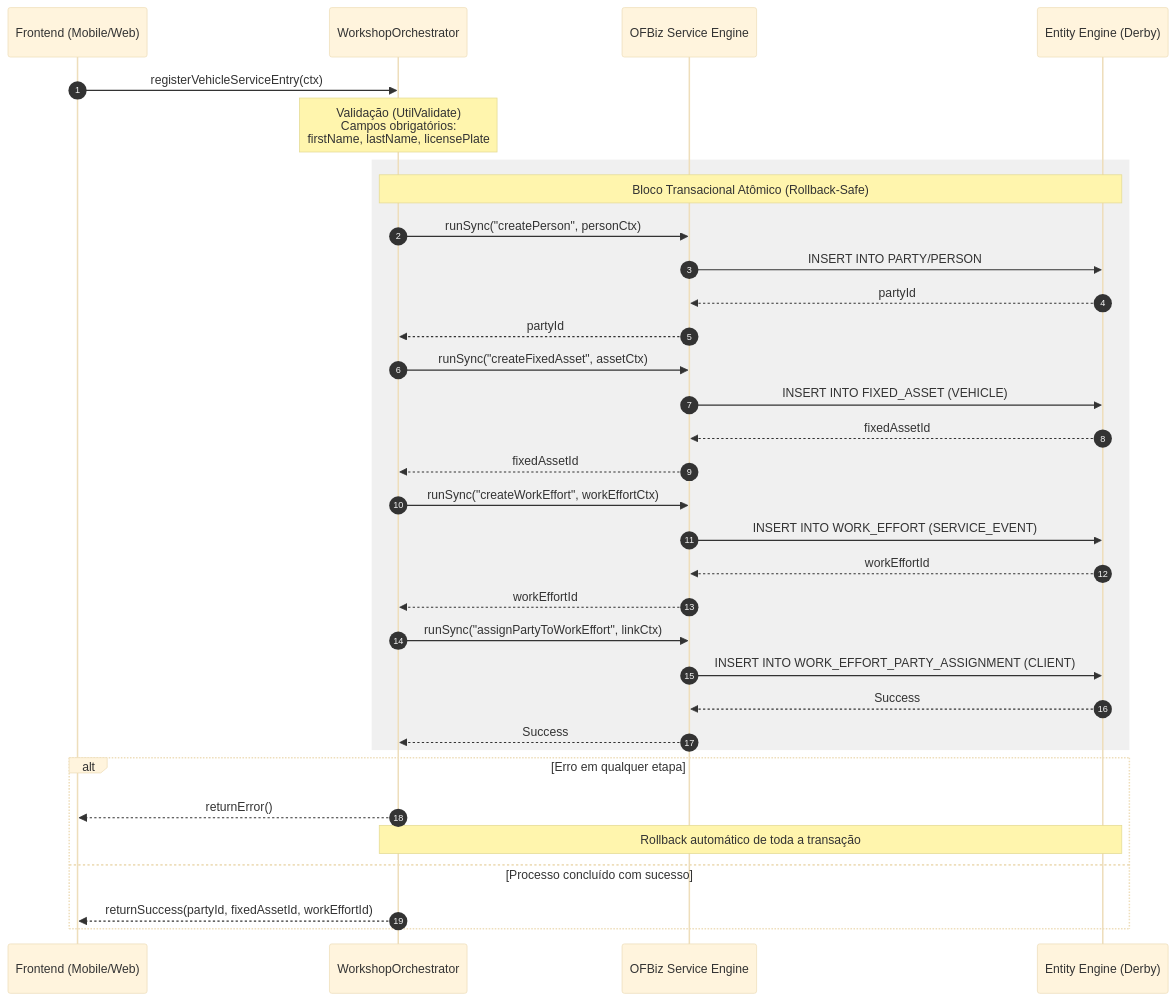
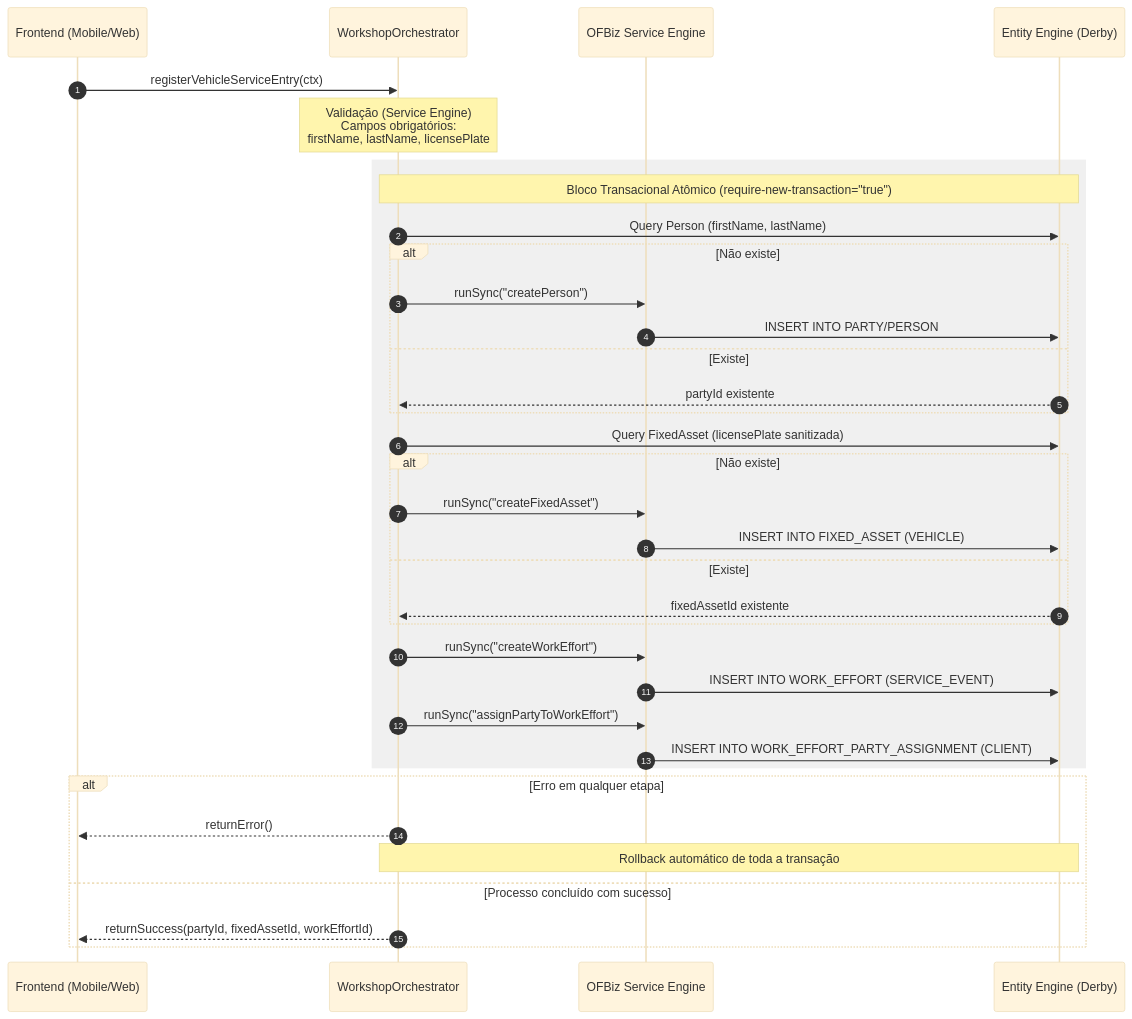
The second of 2 diagrams in README.md (j0n4srr/khepri-orchestrator), drawn with Mermaid (base theme) before and after one commit. The commit also changed other lines of this file, not shown here.

Commit message:
docs(readme): update project overview and technical orchestration flows

````diff
--- a/README.md
+++ b/README.md
@@ -58,46 +62,47 @@
 ```mermaid
 sequenceDiagram
     autonumber
 
     participant UI as Frontend (Mobile/Web)
     participant BFF as WorkshopOrchestrator
     participant Core as OFBiz Service Engine
     participant DB as Entity Engine (Derby)
 
     UI->>BFF: registerVehicleServiceEntry(ctx)
 
-    Note over BFF: Validação (UtilValidate)<br/>Campos obrigatórios:<br/>firstName, lastName, licensePlate
+    Note over BFF: Validação (Service Engine)<br/>Campos obrigatórios:<br/>firstName, lastName, licensePlate
 
     rect rgb(240, 240, 240)
+        Note over BFF, DB: Bloco Transacional Atômico (require-new-transaction="true")
 
-        Note over BFF, DB: Bloco Transacional Atômico (Rollback-Safe)
+        BFF->>DB: Query Person (firstName, lastName)
+        alt Não existe
+            BFF->>Core: runSync("createPerson")
+            Core->>DB: INSERT INTO PARTY/PERSON
+        else Existe
+            DB-->>BFF: partyId existente
+        end
 
-        BFF->>Core: runSync("createPerson", personCtx)
-        Core->>DB: INSERT INTO PARTY/PERSON
-        DB-->>Core: partyId
-        Core-->>BFF: partyId
+        BFF->>DB: Query FixedAsset (licensePlate sanitizada)
+        alt Não existe
+            BFF->>Core: runSync("createFixedAsset")
+            Core->>DB: INSERT INTO FIXED_ASSET (VEHICLE)
+        else Existe
+            DB-->>BFF: fixedAssetId existente
+        end
 
-        BFF->>Core: runSync("createFixedAsset", assetCtx)
-        Core->>DB: INSERT INTO FIXED_ASSET (VEHICLE)
-        DB-->>Core: fixedAssetId
-        Core-->>BFF: fixedAssetId
+        BFF->>Core: runSync("createWorkEffort")
+        Core->>DB: INSERT INTO WORK_EFFORT (SERVICE_EVENT)
 
-        BFF->>Core: runSync("createWorkEffort", workEffortCtx)
-        Core->>DB: INSERT INTO WORK_EFFORT (SERVICE_EVENT)
-        DB-->>Core: workEffortId
-        Core-->>BFF: workEffortId
-
-        BFF->>Core: runSync("assignPartyToWorkEffort", linkCtx)
+        BFF->>Core: runSync("assignPartyToWorkEffort")
         Core->>DB: INSERT INTO WORK_EFFORT_PARTY_ASSIGNMENT (CLIENT)
-        DB-->>Core: Success
-        Core-->>BFF: Success
-
     end
 
     alt Erro em qualquer etapa
         BFF-->>UI: returnError()
         Note over BFF, DB: Rollback automático de toda a transação
     else Processo concluído com sucesso
         BFF-->>UI: returnSuccess(partyId, fixedAssetId, workEffortId)
     end
+
 ```
````
